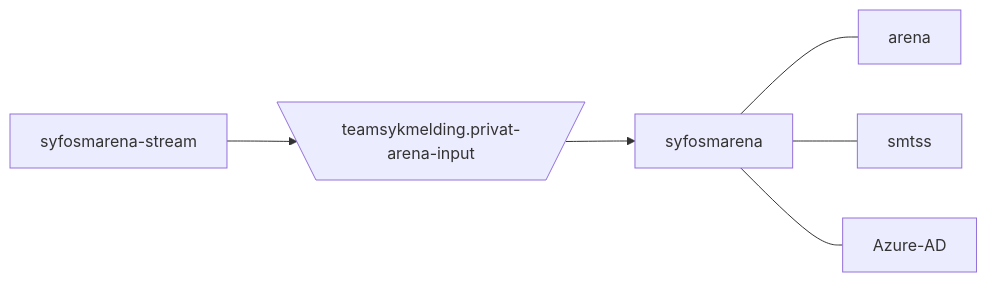
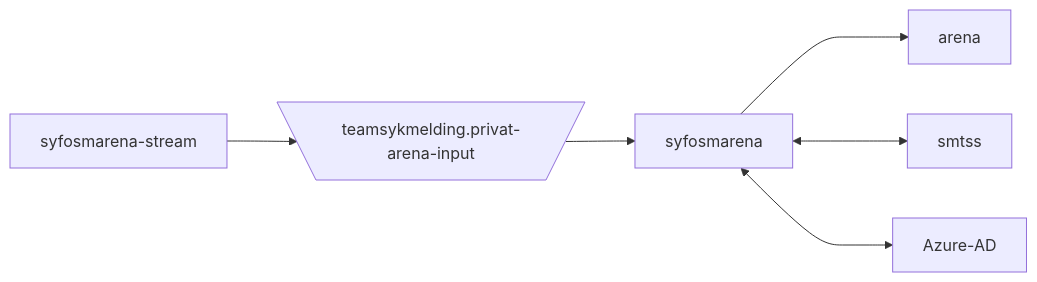
The diagram in README.md (navikt/syfosmarena), drawn with Mermaid before and after one commit.

Commit message:
Updated flowchart with which way the flow goes

````diff
--- a/README.md
+++ b/README.md
@@ -21,8 +21,8 @@
 ```mermaid
   graph LR
       syfosmarena-stream --> A[\teamsykmelding.privat-arena-input/]
       A[\teamsykmelding.privat-arena-input/] --> syfosmarena
-      syfosmarena --- arena
-      syfosmarena --- smtss
-      syfosmarena --- Azure-AD
+      syfosmarena ---> arena
+      syfosmarena <---> smtss
+      syfosmarena <---> Azure-AD
 ```
````
